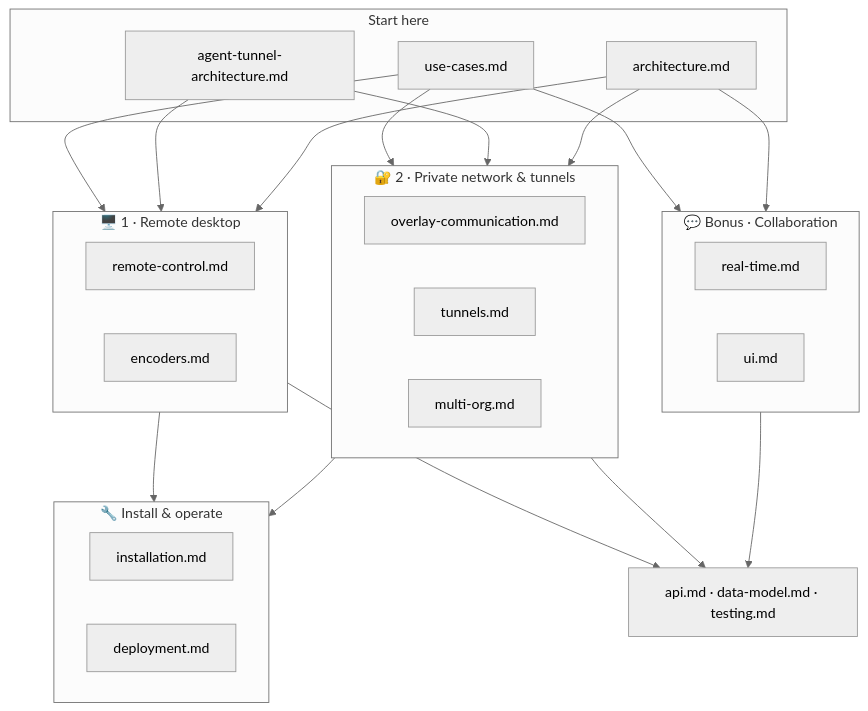
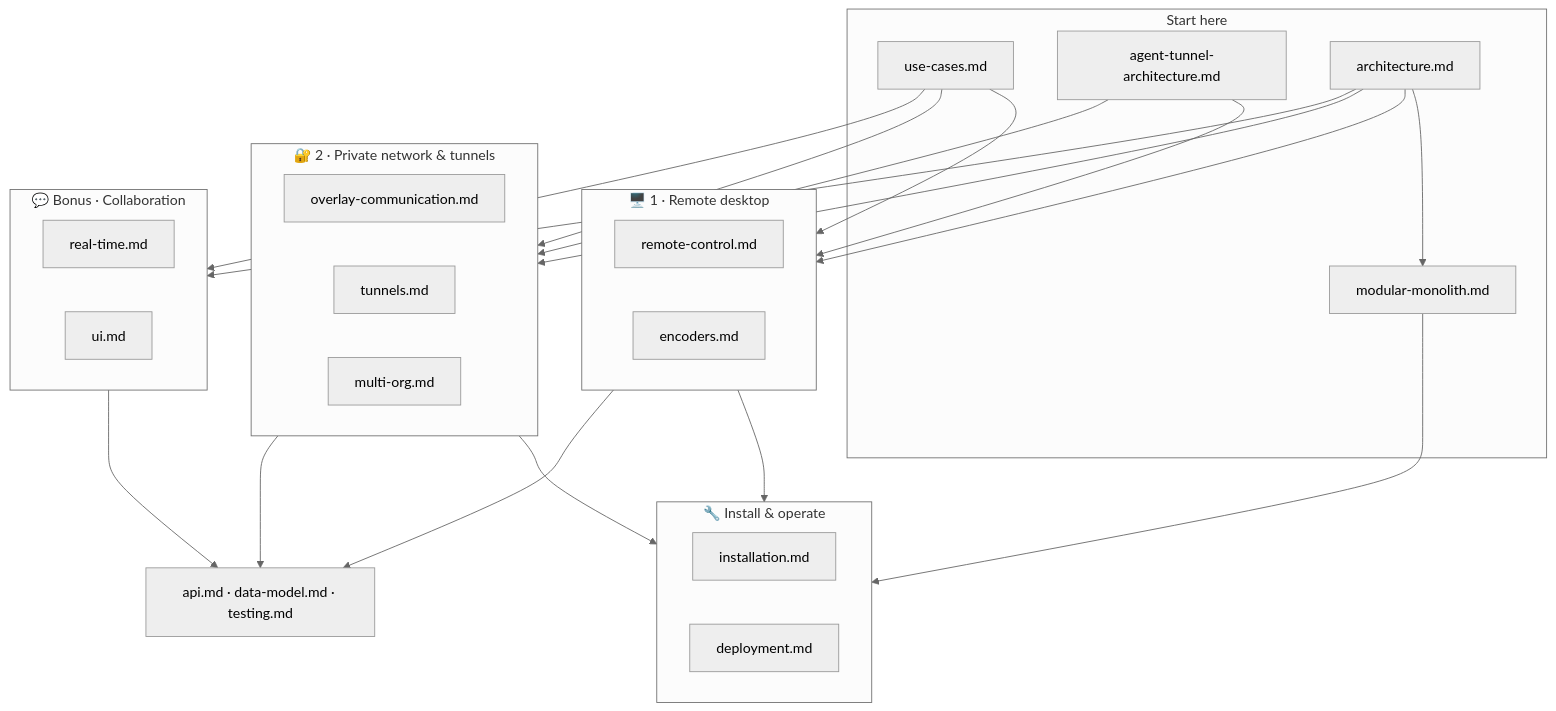
The diagram in docs/README.md (gjovanov/roomler-ai), drawn with Mermaid (neutral theme) before and after one commit. The commit also changed other lines of this file and 7 other files, not shown here.

````diff
--- a/docs/README.md
+++ b/docs/README.md
@@ -24,37 +24,40 @@
 ```mermaid
 flowchart TB
     subgraph entry["Start here"]
         UC["use-cases.md"]
         ATA["agent-tunnel-architecture.md"]
         ARCH["architecture.md"]
+        MM["modular-monolith.md"]
     end
 
     subgraph rd["🖥️ 1 · Remote desktop"]
         RC["remote-control.md"]
         ENC["encoders.md"]
     end
 
     subgraph net["🔐 2 · Private network & tunnels"]
         OC["overlay-communication.md"]
         TUN["tunnels.md"]
         MO["multi-org.md"]
     end
 
     subgraph collab["💬 Bonus · Collaboration"]
         RT["real-time.md"]
         UIX["ui.md"]
     end
 
     subgraph ops["🔧 Install & operate"]
         INST["installation.md"]
         DEP["deployment.md"]
     end
 
     REF["api.md · data-model.md · testing.md"]
 
     UC --> rd & net & collab
     ATA --> rd & net
     ARCH --> rd & net & collab
+    ARCH --> MM
+    MM --> ops
     rd & net --> ops
     rd & net & collab --> REF
 ```
````
